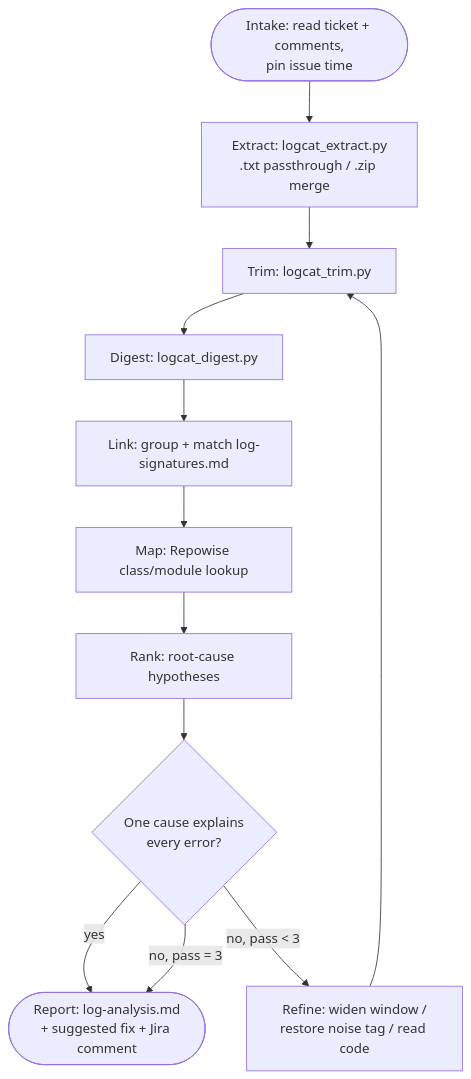
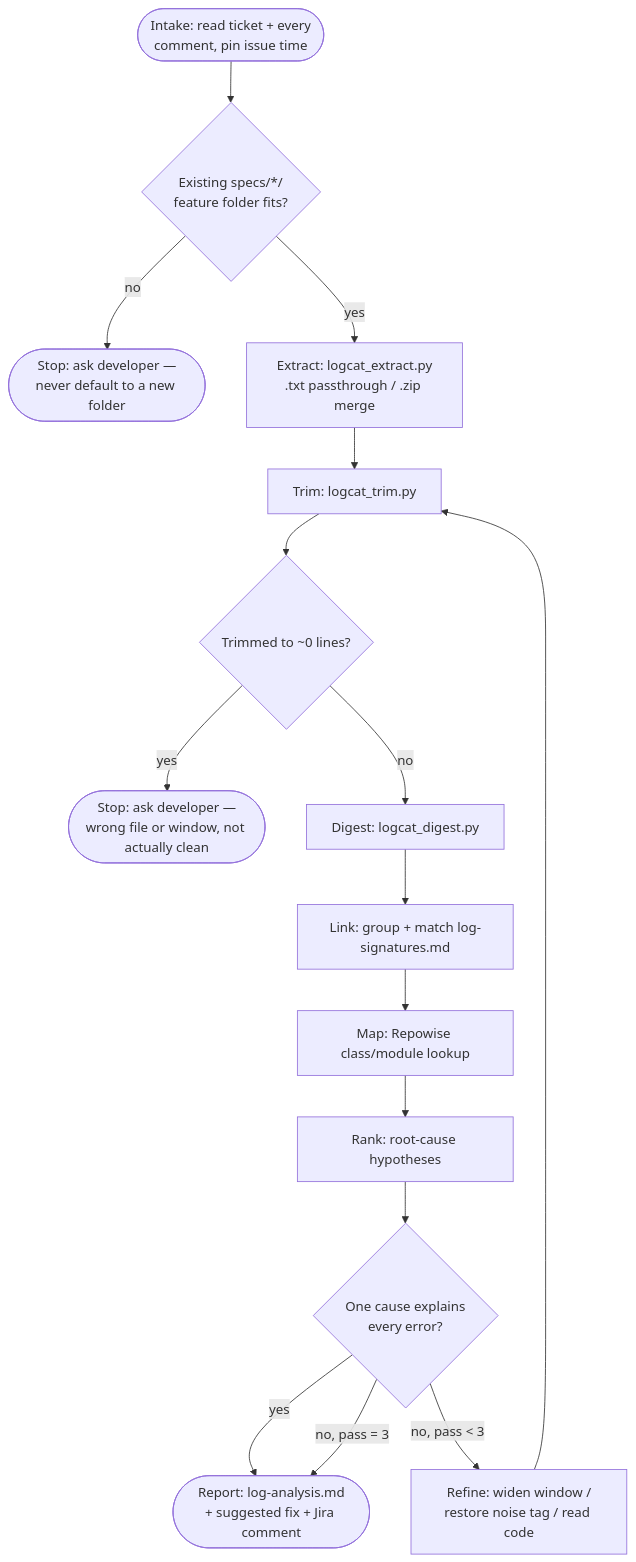
One commit to saraths-99/github-workflow changed the third of 3 diagrams in docs/workflow-design.md. Above: the diagram before and after it, drawn with Mermaid. The commit also changed other lines of this file and 10 other files, not shown here.

````diff
--- a/docs/workflow-design.md
+++ b/docs/workflow-design.md
@@ -97,14 +73,18 @@
 ```mermaid
 flowchart TD
-    A([Intake: read ticket + comments,<br/>pin issue time]) --> X[Extract: logcat_extract.py<br/>.txt passthrough / .zip merge]
+    A([Intake: read ticket + every<br/>comment, pin issue time]) --> AF{Existing specs/*/<br/>feature folder fits?}
+    AF -- no --> AFX([Stop: ask developer —<br/>never default to a new folder])
+    AF -- yes --> X[Extract: logcat_extract.py<br/>.txt passthrough / .zip merge]
     X --> B[Trim: logcat_trim.py]
-    B --> C[Digest: logcat_digest.py]
+    B --> BW{Trimmed to ~0 lines?}
+    BW -- yes --> BWX([Stop: ask developer —<br/>wrong file or window, not actually clean])
+    BW -- no --> C[Digest: logcat_digest.py]
     C --> D[Link: group + match log-signatures.md]
     D --> E[Map: Repowise class/module lookup]
     E --> F[Rank: root-cause hypotheses]
     F --> G{One cause explains<br/>every error?}
     G -- yes --> H([Report: log-analysis.md<br/>+ suggested fix + Jira comment])
     G -- no, pass < 3 --> I[Refine: widen window /<br/>restore noise tag / read code]
     I --> B
     G -- no, pass = 3 --> H
 ```
````
